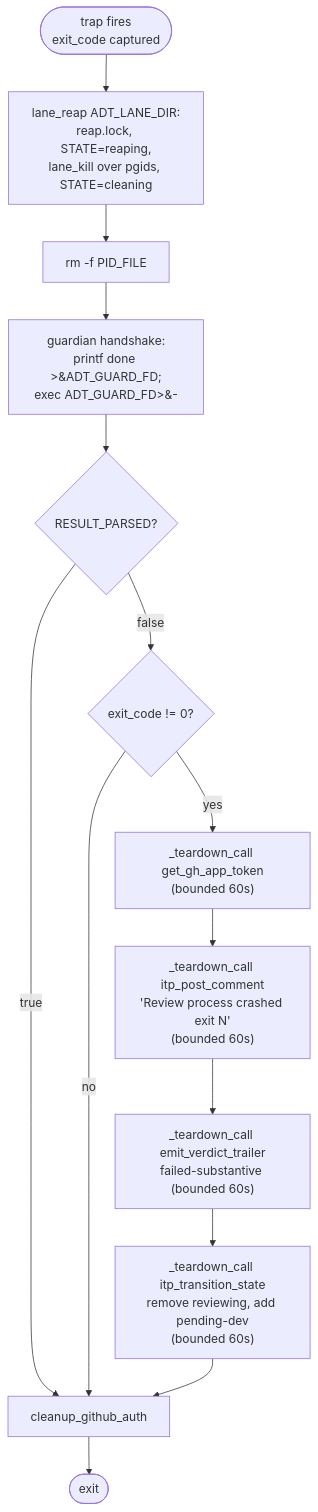
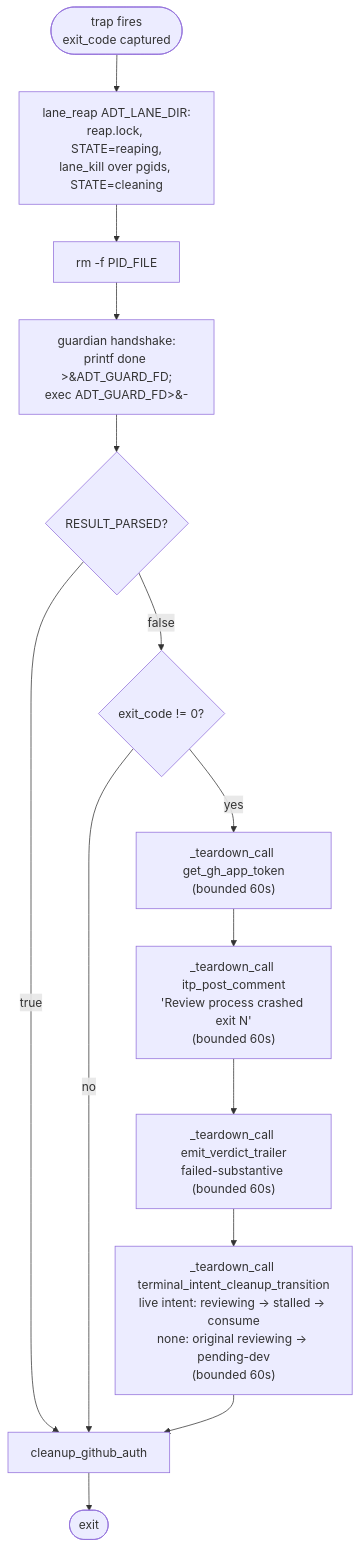
One commit to zxkane/autonomous-dev-team changed the second of 2 diagrams in docs/pipeline/review-agent-flow.md. Above: the diagram before and after it, drawn with Mermaid. The commit also changed other lines of this file and 27 other files, not shown here.

````diff
--- a/docs/pipeline/review-agent-flow.md
+++ b/docs/pipeline/review-agent-flow.md
@@ -908,17 +908,17 @@
 ```mermaid
 flowchart TD
     enter([trap fires<br/>exit_code captured]) --> lane_reap["lane_reap ADT_LANE_DIR:<br/>reap.lock, STATE=reaping,<br/>lane_kill over pgids, STATE=cleaning"]
     lane_reap --> rm_pid[rm -f PID_FILE]
     rm_pid --> handshake["guardian handshake:<br/>printf done &gt;&amp;ADT_GUARD_FD;<br/>exec ADT_GUARD_FD&gt;&amp;-"]
     handshake --> parsed{RESULT_PARSED?}
     parsed -- true --> auth_done[cleanup_github_auth]
     auth_done --> done([exit])
 
     parsed -- false --> exit_branch{exit_code != 0?}
     exit_branch -- no --> auth_done
     exit_branch -- yes --> refresh["_teardown_call get_gh_app_token<br/>(bounded 60s)"]
     refresh --> crash_comment["_teardown_call itp_post_comment<br/>'Review process crashed exit N'<br/>(bounded 60s)"]
     crash_comment --> verdict_trailer["_teardown_call emit_verdict_trailer<br/>failed-substantive (bounded 60s)"]
-    verdict_trailer --> to_dev["_teardown_call itp_transition_state<br/>remove reviewing, add pending-dev<br/>(bounded 60s)"]
+    verdict_trailer --> to_dev["_teardown_call terminal_intent_cleanup_transition<br/>live intent: reviewing -> stalled -> consume<br/>none: original reviewing -> pending-dev<br/>(bounded 60s)"]
     to_dev --> auth_done
 ```
````
